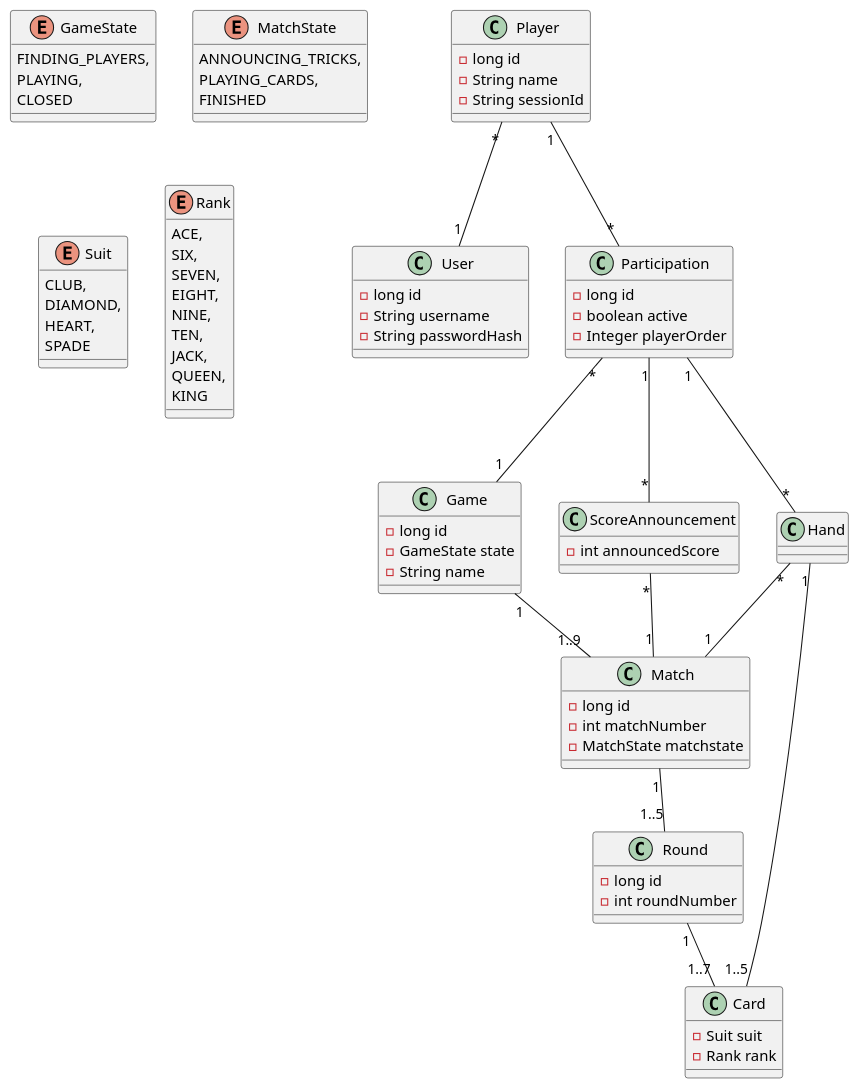
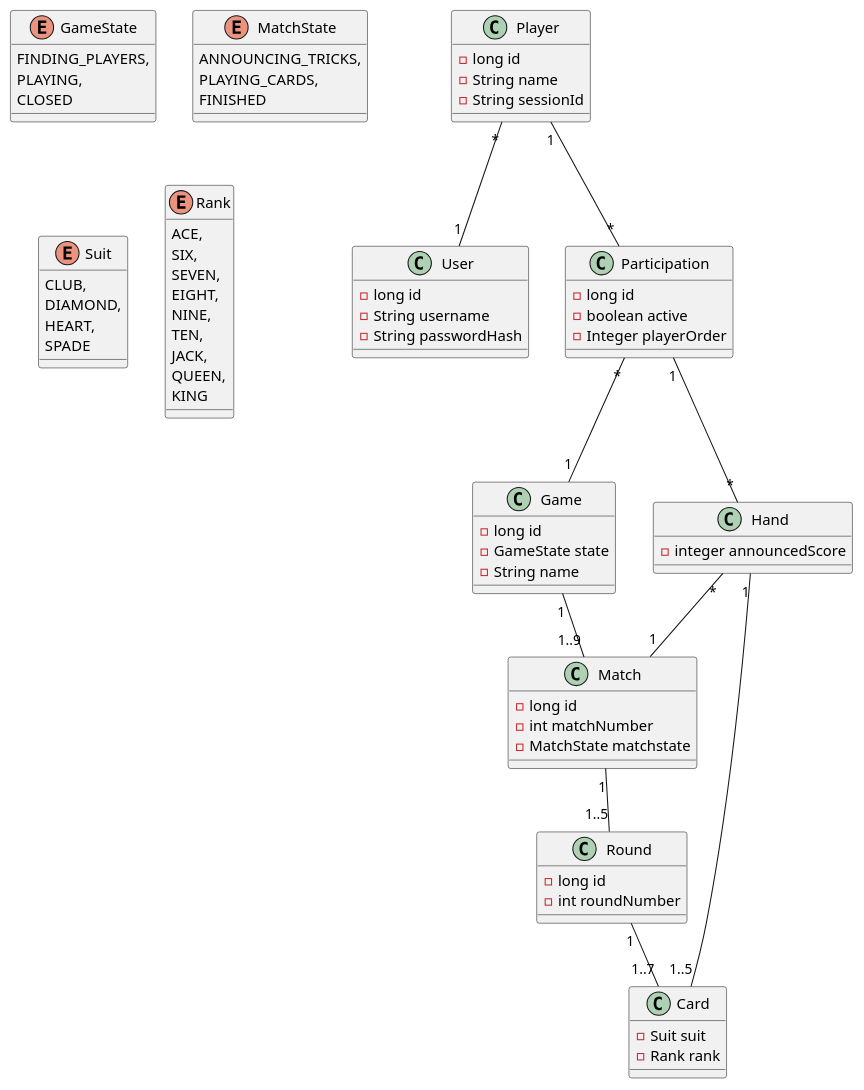
Before and after one commit to sopra-fs22-group-36/screw-your-neighbor-server: the diagram in doc/m2/uml/class_diagram.puml, drawn with PlantUML. The commit also changed 5 other files, not shown here.

```diff
--- a/doc/m2/uml/class_diagram.puml
+++ b/doc/m2/uml/class_diagram.puml
@@ -1,100 +1,96 @@
 @startuml
 class Player {
     - long id
     - String name
     - String sessionId
 }
 
 class User {
     - long id
     - String username
     - String passwordHash
 }
 
 enum GameState {
     FINDING_PLAYERS,
     PLAYING,
     CLOSED
 }
 
 class Game {
     - long id
     - GameState state
     - String name
 }
 
 class Participation {
     - long id
     - boolean active
     - Integer playerOrder
 }
 
 class Match {
     - long id
     - int matchNumber
     - MatchState matchstate
 }
 
 enum MatchState {
     ANNOUNCING_TRICKS,
     PLAYING_CARDS,
     FINISHED
 }
 
-class ScoreAnnouncement {
-    - int announcedScore
-}
 
 class Hand {
+    - integer announcedScore
 }
 
 
 class Round {
     - long id
     - int roundNumber
 }
 
 class Card {
     - Suit suit
     - Rank rank
 }
 
 enum Suit {
     CLUB,
     DIAMOND,
     HEART,
     SPADE
 }
 
 enum Rank {
   ACE,
   SIX,
   SEVEN,
   EIGHT,
   NINE,
   TEN,
   JACK,
   QUEEN,
   KING
 }
 
 Player "*" -- "1" User
 Player "1" -- "*" Participation
 
 Participation "*" -- "1" Game
-Participation "1" -- "*" ScoreAnnouncement
 Participation "1" -- "*" Hand
 
-ScoreAnnouncement "*" -- "1" Match
 
 Hand "*" -- "1" Match
 Hand "1" -- "1..5" Card
 
 Game "1" -- "1..9" Match
 
 Match "1" -- "1..5" Round
 
 Round "1" -- "1..7" Card
 
 
 @enduml
```
